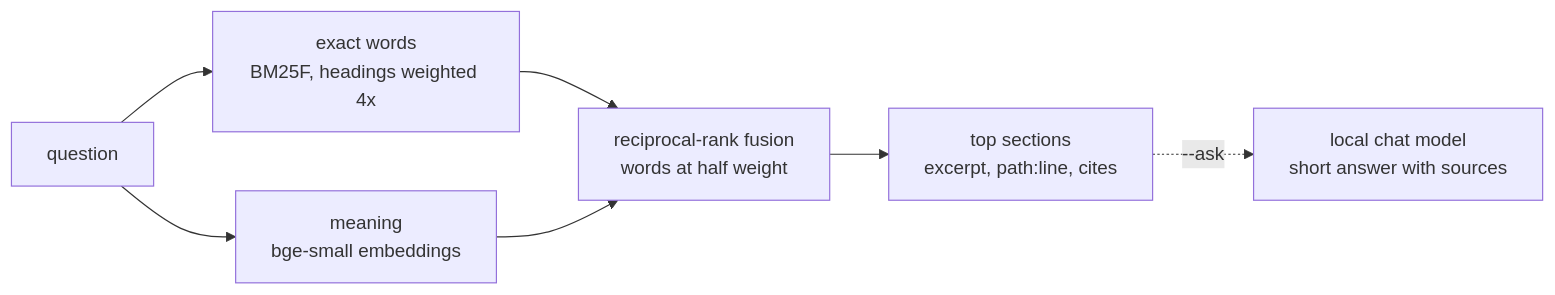
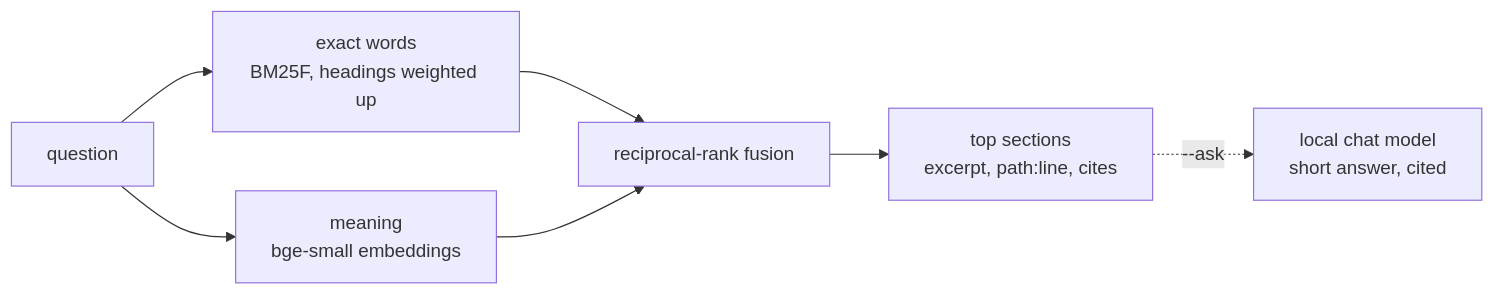
The diagram in docs/tools/Docs-Search.md (jose-villegas/autana), drawn with Mermaid before and after one commit. The commit also changed other lines of this file and 5 other files, not shown here.

````diff
--- a/docs/tools/Docs-Search.md
+++ b/docs/tools/Docs-Search.md
@@ -37,9 +36,9 @@
 ```mermaid
 flowchart LR
-    Q[question] --> L["exact words<br/>BM25F, headings weighted 4x"]
+    Q[question] --> L["exact words<br/>BM25F, headings weighted up"]
     Q --> S["meaning<br/>bge-small embeddings"]
-    L --> F["reciprocal-rank fusion<br/>words at half weight"]
+    L --> F["reciprocal-rank fusion"]
     S --> F
     F --> R["top sections<br/>excerpt, path:line, cites"]
-    R -.->|"--ask"| A["local chat model<br/>short answer with sources"]
+    R -.->|"--ask"| A["local chat model<br/>short answer, cited"]
 ```
````
